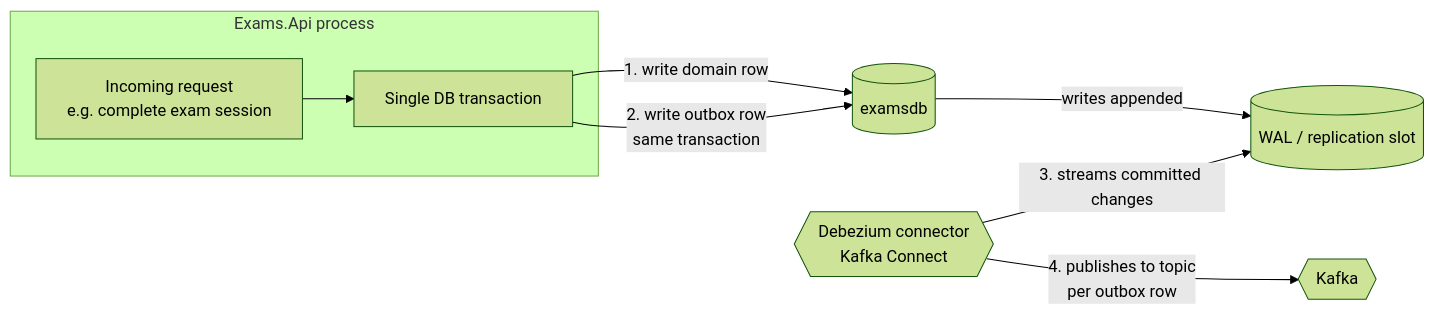
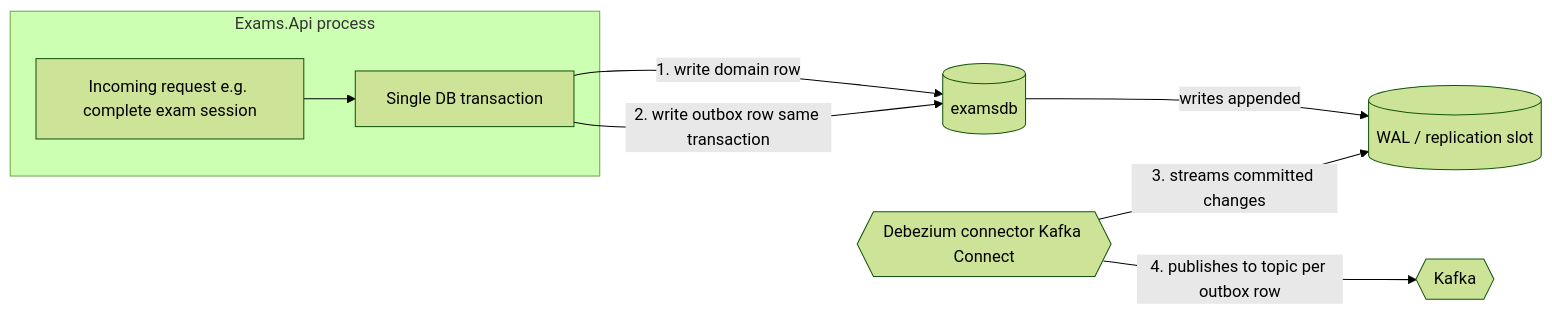
One commit to devMotcho/ExamPrep2 changed the third of 7 diagrams in docs/architecture/backend_architecture_planning.md. Above: the diagram before and after it, drawn with Mermaid (forest theme). The commit also changed other lines of this file and 1 other file, not shown here.

````diff
--- a/docs/architecture/backend_architecture_planning.md
+++ b/docs/architecture/backend_architecture_planning.md
@@ -203,19 +224,19 @@
 ```mermaid
 flowchart LR
     subgraph "Exams.Api process"
-        REQ[Incoming request<br/>e.g. complete exam session]
+        REQ[Incoming request e.g. complete exam session]
         TX[Single DB transaction]
     end
 
     DB[(examsdb)]
     WAL[(WAL / replication slot)]
-    DBZ{{Debezium connector<br/>Kafka Connect}}
+    DBZ{{Debezium connector Kafka Connect}}
     KAFKA{{Kafka}}
 
     REQ --> TX
     TX -->|1. write domain row| DB
-    TX -->|2. write outbox row<br/>same transaction| DB
+    TX -->|2. write outbox row same transaction| DB
     DB -->|writes appended| WAL
     DBZ -->|3. streams committed changes| WAL
-    DBZ -->|4. publishes to topic<br/>per outbox row| KAFKA
+    DBZ -->|4. publishes to topic per outbox row| KAFKA
 ```
````
